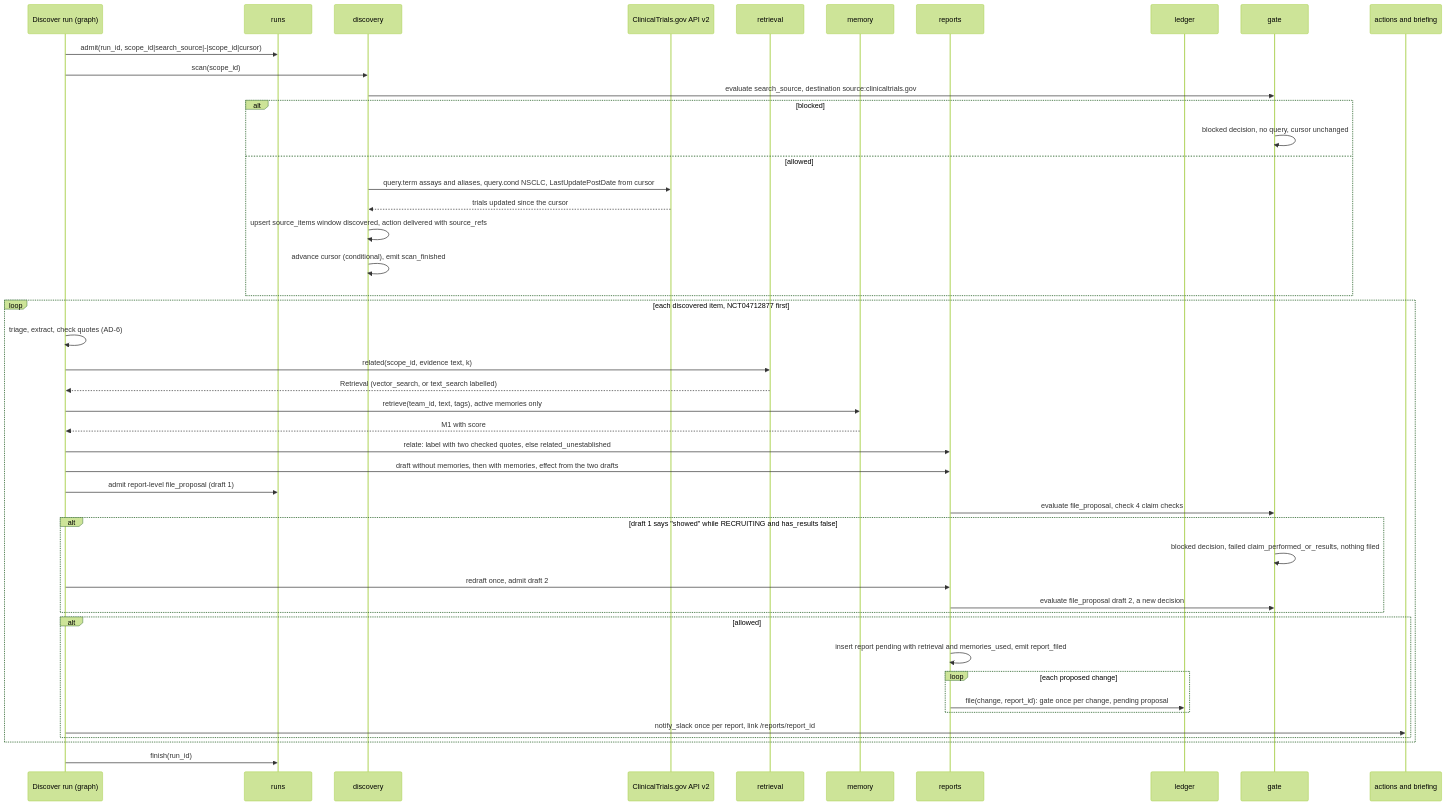
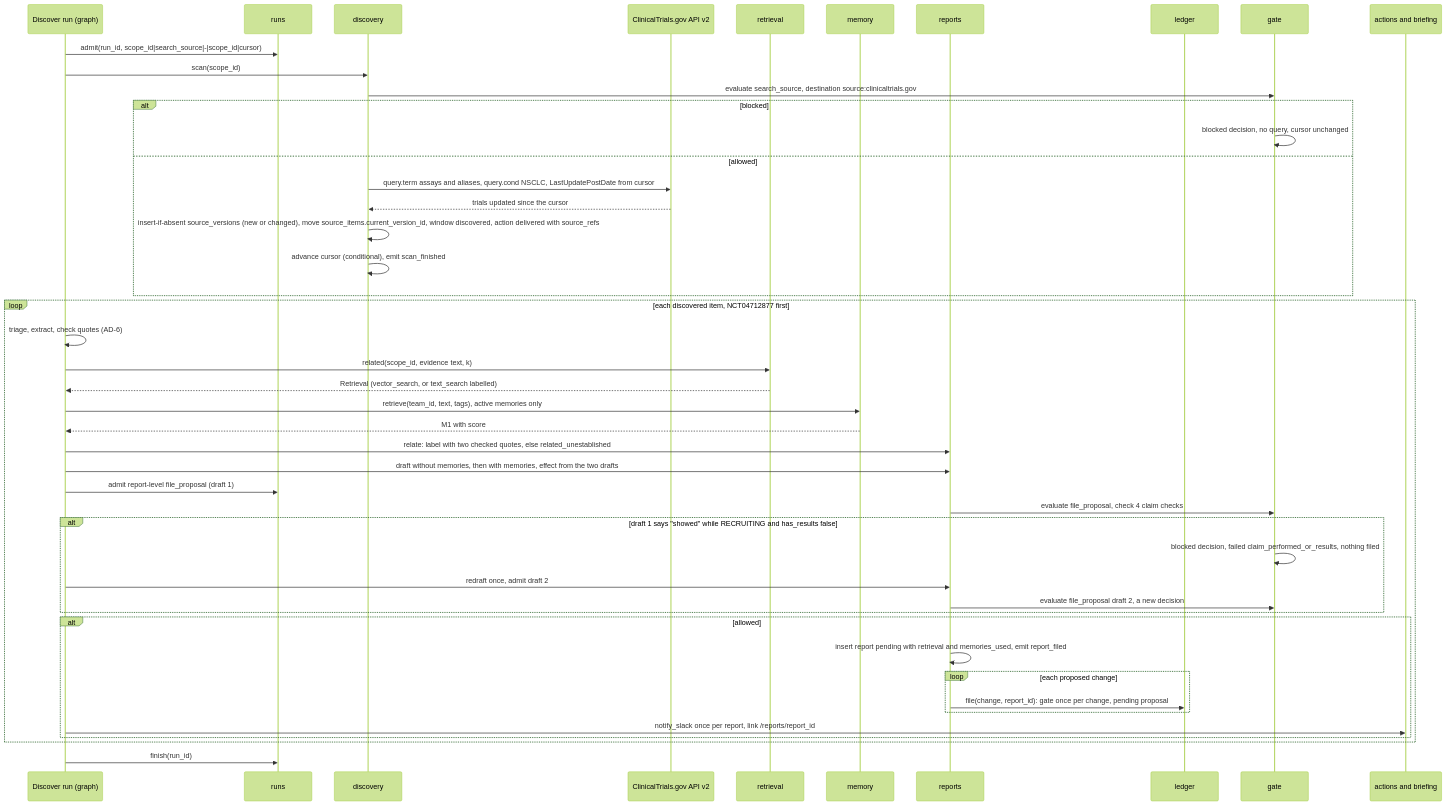
One commit to lutic1/agents-in-context-toronto changed the fourth of 7 diagrams in _bmad-output/planning-artifacts/architecture/architecture-agents-in-context-toronto-2026-11-13/ARCHITECTURE-SPINE.md. Above: the diagram before and after it, drawn with Mermaid (forest theme). The commit also changed other lines of this file and 9 other files, not shown here.

````diff
--- a/_bmad-output/planning-artifacts/architecture/architecture-agents-in-context-toronto-2026-11-13/ARCHITECTURE-SPINE.md
+++ b/_bmad-output/planning-artifacts/architecture/architecture-agents-in-context-toronto-2026-11-13/ARCHITECTURE-SPINE.md
@@ -919,48 +941,48 @@
 ```mermaid
 sequenceDiagram
   participant J as Discover run (graph)
   participant RN as runs
   participant D as discovery
   participant CT as ClinicalTrials.gov API v2
   participant RT as retrieval
   participant M as memory
   participant RP as reports
   participant L as ledger
   participant G as gate
   participant X as actions and briefing
   J->>RN: admit(run_id, scope_id|search_source|-|scope_id|cursor)
   J->>D: scan(scope_id)
   D->>G: evaluate search_source, destination source:clinicaltrials.gov
   alt blocked
     G->>G: blocked decision, no query, cursor unchanged
   else allowed
     D->>CT: query.term assays and aliases, query.cond NSCLC, LastUpdatePostDate from cursor
     CT-->>D: trials updated since the cursor
-    D->>D: upsert source_items window discovered, action delivered with source_refs
+    D->>D: insert-if-absent source_versions (new or changed), move source_items.current_version_id, window discovered, action delivered with source_refs
     D->>D: advance cursor (conditional), emit scan_finished
   end
   loop each discovered item, NCT04712877 first
     J->>J: triage, extract, check quotes (AD-6)
     J->>RT: related(scope_id, evidence text, k)
     RT-->>J: Retrieval (vector_search, or text_search labelled)
     J->>M: retrieve(team_id, text, tags), active memories only
     M-->>J: M1 with score
     J->>RP: relate: label with two checked quotes, else related_unestablished
     J->>RP: draft without memories, then with memories, effect from the two drafts
     J->>RN: admit report-level file_proposal (draft 1)
     RP->>G: evaluate file_proposal, check 4 claim checks
     alt draft 1 says "showed" while RECRUITING and has_results false
       G->>G: blocked decision, failed claim_performed_or_results, nothing filed
       J->>RP: redraft once, admit draft 2
       RP->>G: evaluate file_proposal draft 2, a new decision
     end
     alt allowed
       RP->>RP: insert report pending with retrieval and memories_used, emit report_filed
       loop each proposed change
         RP->>L: file(change, report_id): gate once per change, pending proposal
       end
       J->>X: notify_slack once per report, link /reports/report_id
     end
   end
   J->>RN: finish(run_id)
 ```
````
